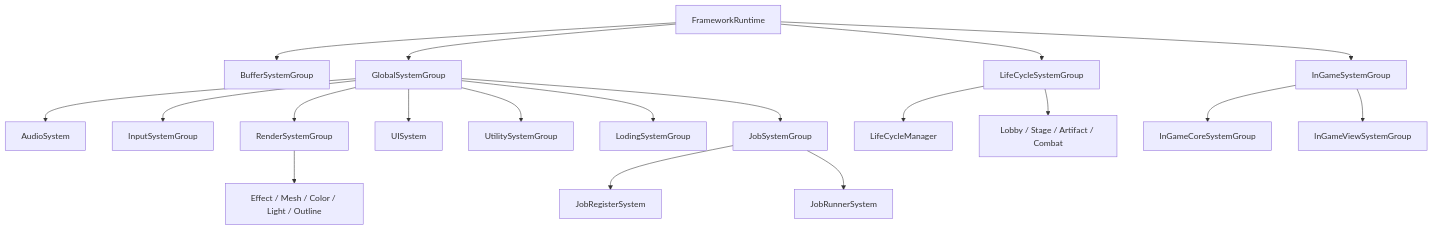
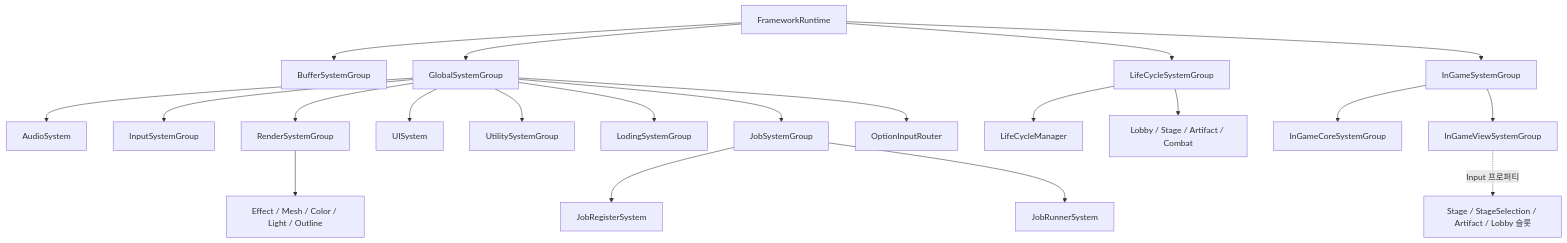
The first of 7 diagrams in Assets/ProjectL/Script/Systems/Documentation/framework-architecture.md (s9810282/ProjectL_Local-LLM), drawn with Mermaid before and after one commit. The commit also changed other lines of this file and 11673 other files, not shown here.

````diff
--- a/Assets/ProjectL/Script/Systems/Documentation/framework-architecture.md
+++ b/Assets/ProjectL/Script/Systems/Documentation/framework-architecture.md
@@ -65,21 +65,23 @@
 ```mermaid
 flowchart TD
     Runtime[FrameworkRuntime] --> Buffer[BufferSystemGroup]
     Runtime --> Global[GlobalSystemGroup]
     Runtime --> InGame[InGameSystemGroup]
     Runtime --> LifeCycle[LifeCycleSystemGroup]
     Global --> Audio[AudioSystem]
     Global --> Input[InputSystemGroup]
     Global --> Render[RenderSystemGroup]
     Global --> UI[UISystem]
     Global --> Utility[UtilitySystemGroup]
     Global --> Loading[LodingSystemGroup]
     Global --> Jobs[JobSystemGroup]
+    Global --> Option[OptionInputRouter]
     LifeCycle --> Manager[LifeCycleManager]
     LifeCycle --> Phases[Lobby / Stage / Artifact / Combat]
     InGame --> Core[InGameCoreSystemGroup]
     InGame --> View[InGameViewSystemGroup]
+    View -.->|Input 프로퍼티| Slots[Stage / StageSelection / Artifact / Lobby 슬롯]
     Render --> RenderServices[Effect / Mesh / Color / Light / Outline]
     Jobs --> Register[JobRegisterSystem]
     Jobs --> Runner[JobRunnerSystem]
 ```
````
